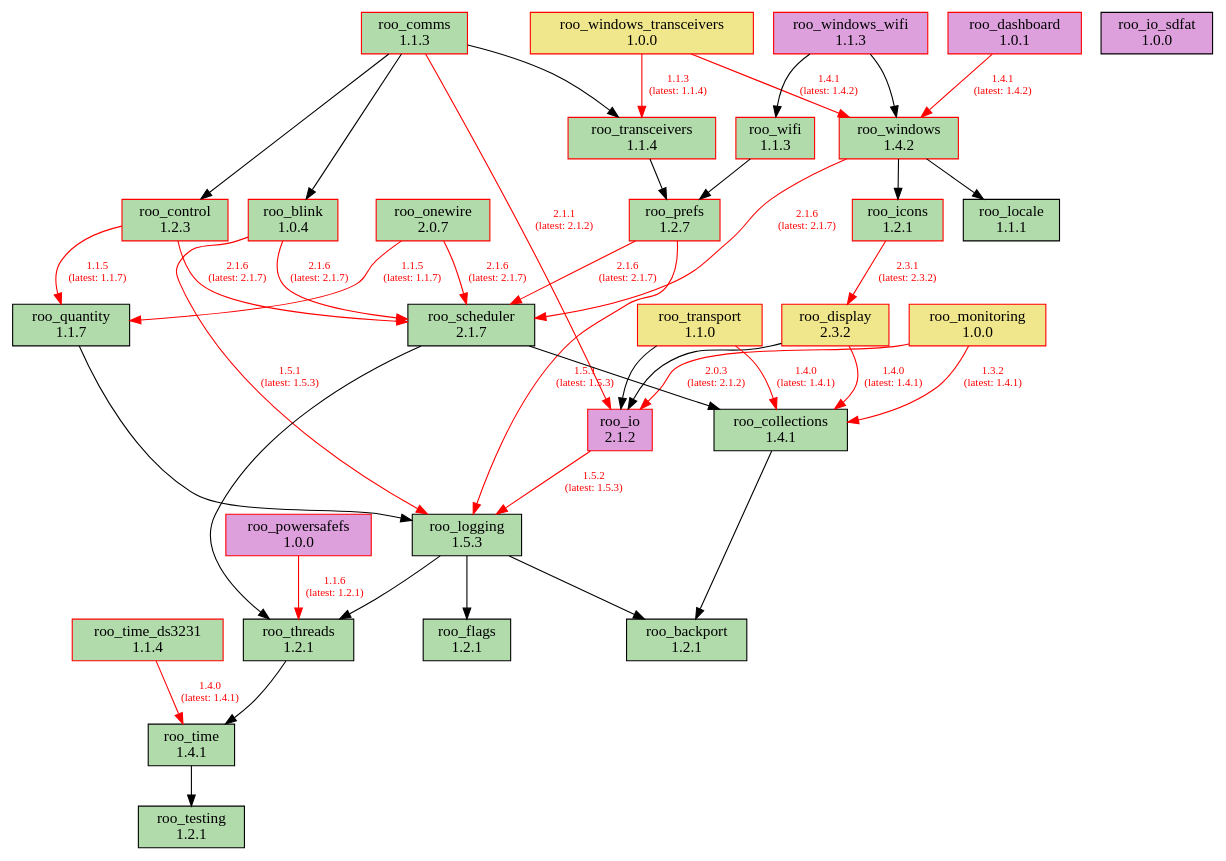
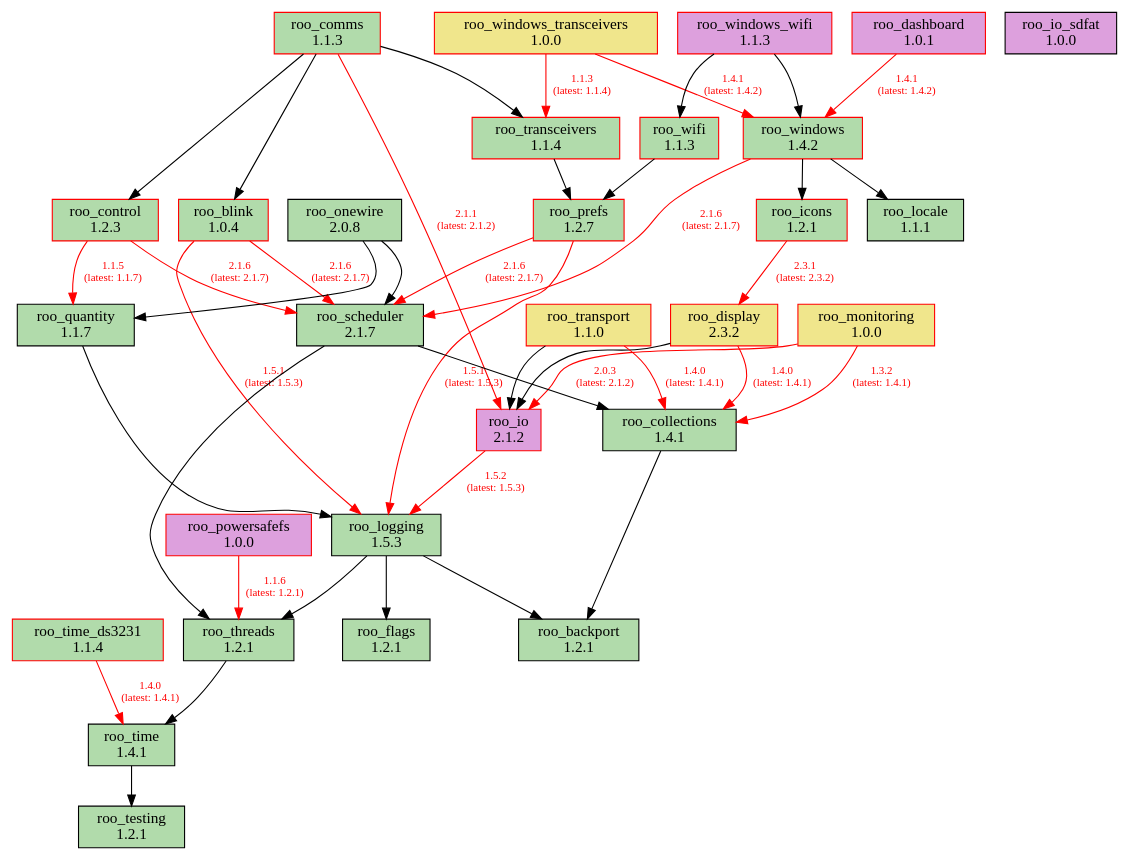
Before and after one commit to dejwk/roo-registry: the diagram in doc/dependencies.dot, drawn with Graphviz. The commit also changed 3 other files, not shown here.

Commit message:
Added roo_onewire 2.0.8 to the registry.

```diff
--- a/doc/dependencies.dot
+++ b/doc/dependencies.dot
@@ -1,79 +1,79 @@
 digraph dependencies {
     rankdir=TB;
     node [shape=box, style=filled];
     edge [fontsize=10];
 
     // Modules
     "roo_backport" [label="roo_backport\n1.2.1", fillcolor="#b1dbab", color="black"];
     "roo_blink" [label="roo_blink\n1.0.4", fillcolor="#b1dbab", color="red"];
     "roo_collections" [label="roo_collections\n1.4.1", fillcolor="#b1dbab", color="black"];
     "roo_comms" [label="roo_comms\n1.1.3", fillcolor="#b1dbab", color="red"];
     "roo_control" [label="roo_control\n1.2.3", fillcolor="#b1dbab", color="red"];
     "roo_dashboard" [label="roo_dashboard\n1.0.1", fillcolor="plum", color="red"];
     "roo_display" [label="roo_display\n2.3.2", fillcolor="khaki", color="red"];
     "roo_flags" [label="roo_flags\n1.2.1", fillcolor="#b1dbab", color="black"];
     "roo_icons" [label="roo_icons\n1.2.1", fillcolor="#b1dbab", color="red"];
     "roo_io" [label="roo_io\n2.1.2", fillcolor="plum", color="red"];
     "roo_io_sdfat" [label="roo_io_sdfat\n1.0.0", fillcolor="plum", color="black"];
     "roo_locale" [label="roo_locale\n1.1.1", fillcolor="#b1dbab", color="black"];
     "roo_logging" [label="roo_logging\n1.5.3", fillcolor="#b1dbab", color="black"];
     "roo_monitoring" [label="roo_monitoring\n1.0.0", fillcolor="khaki", color="red"];
-    "roo_onewire" [label="roo_onewire\n2.0.7", fillcolor="#b1dbab", color="red"];
+    "roo_onewire" [label="roo_onewire\n2.0.8", fillcolor="#b1dbab", color="black"];
     "roo_powersafefs" [label="roo_powersafefs\n1.0.0", fillcolor="plum", color="red"];
     "roo_prefs" [label="roo_prefs\n1.2.7", fillcolor="#b1dbab", color="red"];
     "roo_quantity" [label="roo_quantity\n1.1.7", fillcolor="#b1dbab", color="black"];
     "roo_scheduler" [label="roo_scheduler\n2.1.7", fillcolor="#b1dbab", color="black"];
     "roo_testing" [label="roo_testing\n1.2.1", fillcolor="#b1dbab", color="black"];
     "roo_threads" [label="roo_threads\n1.2.1", fillcolor="#b1dbab", color="black"];
     "roo_time" [label="roo_time\n1.4.1", fillcolor="#b1dbab", color="black"];
     "roo_time_ds3231" [label="roo_time_ds3231\n1.1.4", fillcolor="#b1dbab", color="red"];
     "roo_transceivers" [label="roo_transceivers\n1.1.4", fillcolor="#b1dbab", color="red"];
     "roo_transport" [label="roo_transport\n1.1.0", fillcolor="khaki", color="red"];
     "roo_wifi" [label="roo_wifi\n1.1.3", fillcolor="#b1dbab", color="red"];
     "roo_windows" [label="roo_windows\n1.4.2", fillcolor="#b1dbab", color="red"];
     "roo_windows_transceivers" [label="roo_windows_transceivers\n1.0.0", fillcolor="khaki", color="red"];
     "roo_windows_wifi" [label="roo_windows_wifi\n1.1.3", fillcolor="plum", color="red"];
 
     // Dependencies
     "roo_blink" -> "roo_logging" [color=red, fontcolor=red, label="1.5.1\n(latest: 1.5.3)"];
     "roo_blink" -> "roo_scheduler" [color=red, fontcolor=red, label="2.1.6\n(latest: 2.1.7)"];
     "roo_collections" -> "roo_backport";
     "roo_comms" -> "roo_blink";
     "roo_comms" -> "roo_control";
     "roo_comms" -> "roo_io" [color=red, fontcolor=red, label="2.1.1\n(latest: 2.1.2)"];
     "roo_comms" -> "roo_transceivers";
     "roo_control" -> "roo_quantity" [color=red, fontcolor=red, label="1.1.5\n(latest: 1.1.7)"];
     "roo_control" -> "roo_scheduler" [color=red, fontcolor=red, label="2.1.6\n(latest: 2.1.7)"];
     "roo_dashboard" -> "roo_windows" [color=red, fontcolor=red, label="1.4.1\n(latest: 1.4.2)"];
     "roo_display" -> "roo_collections" [color=red, fontcolor=red, label="1.4.0\n(latest: 1.4.1)"];
     "roo_display" -> "roo_io";
     "roo_icons" -> "roo_display" [color=red, fontcolor=red, label="2.3.1\n(latest: 2.3.2)"];
     "roo_io" -> "roo_logging" [color=red, fontcolor=red, label="1.5.2\n(latest: 1.5.3)"];
     "roo_logging" -> "roo_backport";
     "roo_logging" -> "roo_flags";
     "roo_logging" -> "roo_threads";
     "roo_monitoring" -> "roo_collections" [color=red, fontcolor=red, label="1.3.2\n(latest: 1.4.1)"];
     "roo_monitoring" -> "roo_io" [color=red, fontcolor=red, label="2.0.3\n(latest: 2.1.2)"];
-    "roo_onewire" -> "roo_scheduler" [color=red, fontcolor=red, label="2.1.6\n(latest: 2.1.7)"];
-    "roo_onewire" -> "roo_quantity" [color=red, fontcolor=red, label="1.1.5\n(latest: 1.1.7)"];
+    "roo_onewire" -> "roo_scheduler";
+    "roo_onewire" -> "roo_quantity";
     "roo_powersafefs" -> "roo_threads" [color=red, fontcolor=red, label="1.1.6\n(latest: 1.2.1)"];
     "roo_prefs" -> "roo_logging" [color=red, fontcolor=red, label="1.5.1\n(latest: 1.5.3)"];
     "roo_prefs" -> "roo_scheduler" [color=red, fontcolor=red, label="2.1.6\n(latest: 2.1.7)"];
     "roo_quantity" -> "roo_logging";
     "roo_scheduler" -> "roo_collections";
     "roo_scheduler" -> "roo_threads";
     "roo_threads" -> "roo_time";
     "roo_time" -> "roo_testing";
     "roo_time_ds3231" -> "roo_time" [color=red, fontcolor=red, label="1.4.0\n(latest: 1.4.1)"];
     "roo_transceivers" -> "roo_prefs";
     "roo_transport" -> "roo_collections" [color=red, fontcolor=red, label="1.4.0\n(latest: 1.4.1)"];
     "roo_transport" -> "roo_io";
     "roo_wifi" -> "roo_prefs";
     "roo_windows" -> "roo_locale";
     "roo_windows" -> "roo_icons";
     "roo_windows" -> "roo_scheduler" [color=red, fontcolor=red, label="2.1.6\n(latest: 2.1.7)"];
     "roo_windows_transceivers" -> "roo_transceivers" [color=red, fontcolor=red, label="1.1.3\n(latest: 1.1.4)"];
     "roo_windows_transceivers" -> "roo_windows" [color=red, fontcolor=red, label="1.4.1\n(latest: 1.4.2)"];
     "roo_windows_wifi" -> "roo_wifi";
     "roo_windows_wifi" -> "roo_windows";
 }
```
